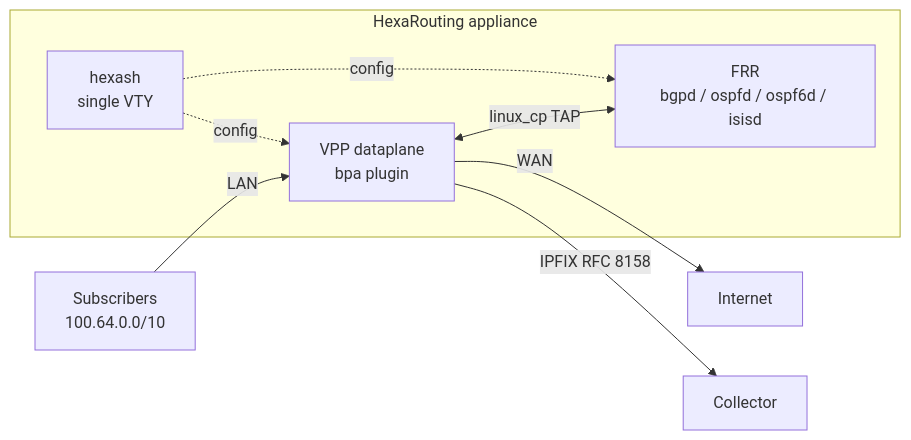
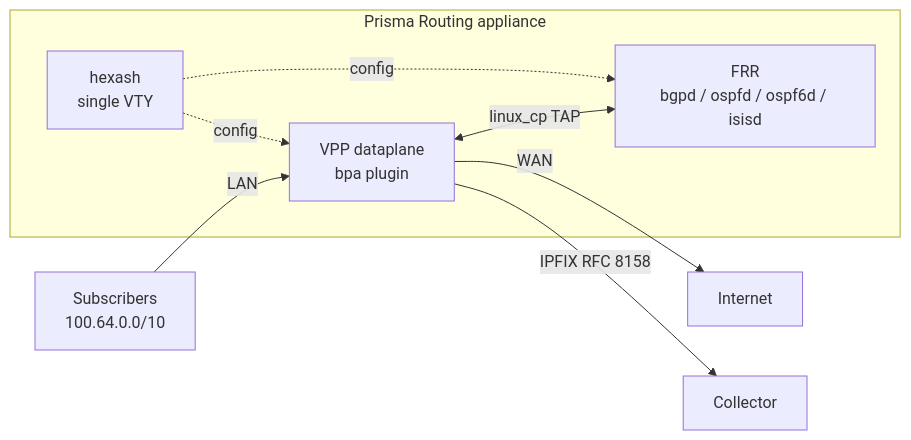
The diagram in README.md (andrediashexa/prismarouting), drawn with Mermaid before and after one commit. The commit also changed other lines of this file and 78 other files, not shown here.

````diff
--- a/README.md
+++ b/README.md
@@ -36,16 +38,16 @@
 ```mermaid
 flowchart LR
     SUB["Subscribers<br/>100.64.0.0/10"] -->|LAN| VPP
 
-    subgraph BOX["HexaRouting appliance"]
+    subgraph BOX["Prisma Routing appliance"]
         VPP["VPP dataplane<br/>bpa plugin"]
         FRR["FRR<br/>bgpd / ospfd / ospf6d / isisd"]
         VTY["hexash<br/>single VTY"]
         VPP <-->|linux_cp TAP| FRR
         VTY -.->|config| VPP
         VTY -.->|config| FRR
     end
 
     VPP -->|WAN| NET["Internet"]
     VPP -->|IPFIX RFC 8158| COL["Collector"]
 ```
````
